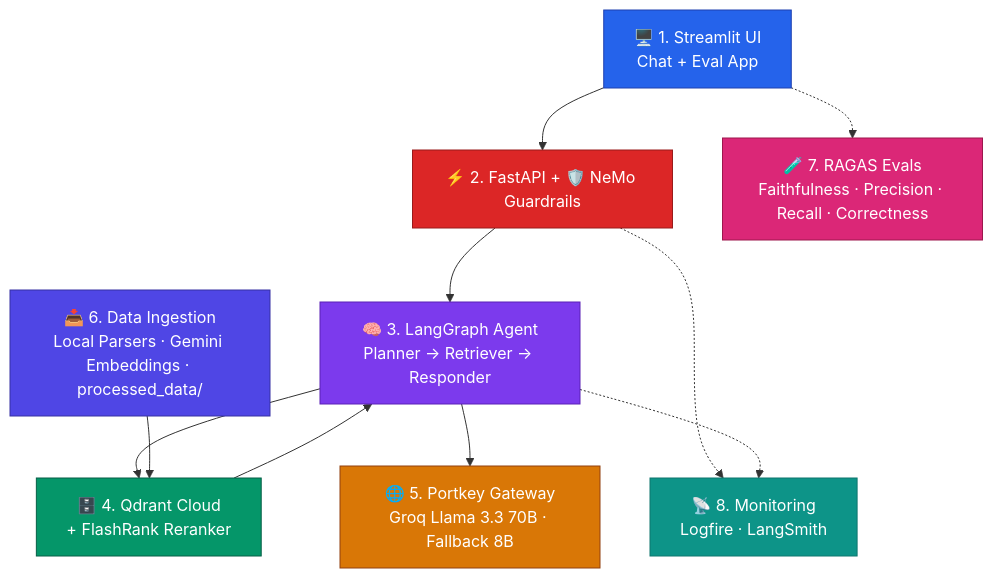
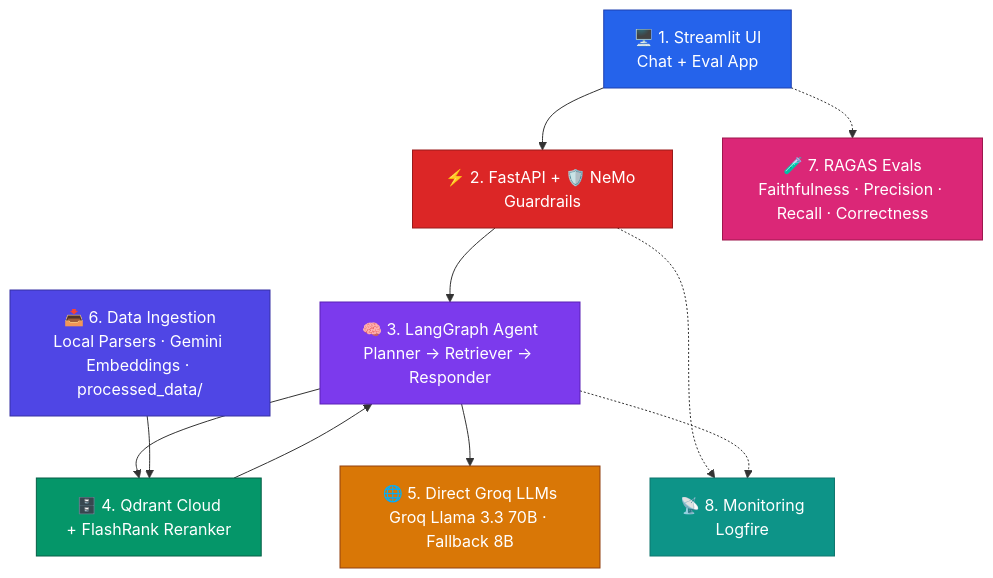
Before and after one commit to krishankumar63/Agentic-RAG: the third of 3 diagrams in ARCHITECTURE.md, drawn with Mermaid. The commit also changed other lines of this file and 5 other files, not shown here.

````diff
--- a/ARCHITECTURE.md
+++ b/ARCHITECTURE.md
@@ -235,37 +235,37 @@
 ```mermaid
 graph TB
     A["🖥️ 1. Streamlit UI\nChat + Eval App"]
     B["⚡ 2. FastAPI + 🛡️ NeMo Guardrails"]
     C["🧠 3. LangGraph Agent\nPlanner → Retriever → Responder"]
     D["🗄️ 4. Qdrant Cloud\n+ FlashRank Reranker"]
-    E["🌐 5. Portkey Gateway\nGroq Llama 3.3 70B · Fallback 8B"]
+    E["🌐 5. Direct Groq LLMs\nGroq Llama 3.3 70B · Fallback 8B"]
     F["📥 6. Data Ingestion\nLocal Parsers · Gemini Embeddings · processed_data/"]
     G["🧪 7. RAGAS Evals\nFaithfulness · Precision · Recall · Correctness"]
-    H["📡 8. Monitoring\nLogfire · LangSmith"]
+    H["📡 8. Monitoring\nLogfire"]
 
     A --> B --> C
     C --> D --> C
     C --> E
     F --> D
     A -.-> G
     B -.-> H
     C -.-> H
 
     classDef ui      fill:#2563EB,stroke:#1E40AF,color:#fff
     classDef safety  fill:#DC2626,stroke:#991B1B,color:#fff
     classDef agent   fill:#7C3AED,stroke:#5B21B6,color:#fff
     classDef db      fill:#059669,stroke:#065F46,color:#fff
     classDef llm     fill:#D97706,stroke:#92400E,color:#fff
     classDef ingest  fill:#4F46E5,stroke:#3730A3,color:#fff
     classDef evals   fill:#DB2777,stroke:#9D174D,color:#fff
     classDef obs     fill:#0D9488,stroke:#0F766E,color:#fff
 
     class A ui
     class B safety
     class C agent
     class D db
     class E llm
     class F ingest
     class G evals
     class H obs
 ```
````
